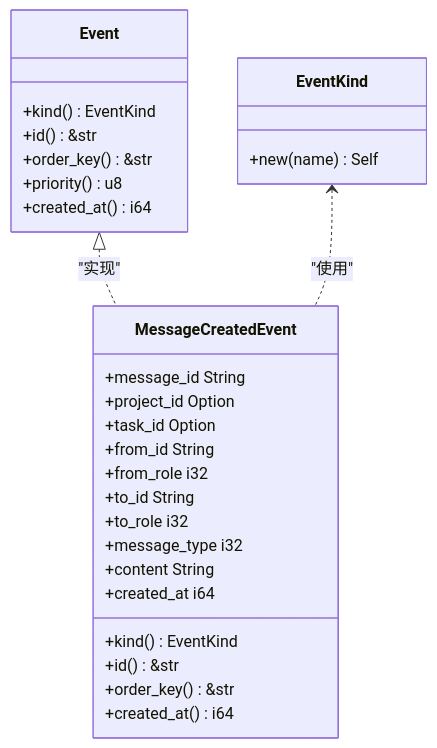
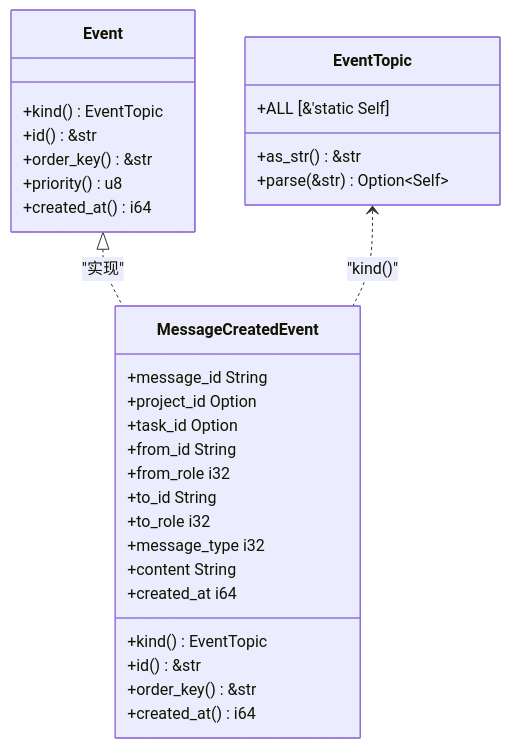
The third of 7 diagrams in docs/wiki/zh/content/核心模块/AOP 事件系统/核心概念与架构.md (runningcoders/ai_orz), drawn with Mermaid before and after one commit. The commit also changed other lines of this file and 37 other files, not shown here.

````diff
--- a/docs/wiki/zh/content/核心模块/AOP 事件系统/核心概念与架构.md
+++ b/docs/wiki/zh/content/核心模块/AOP 事件系统/核心概念与架构.md
@@ -164,31 +164,33 @@
 ```mermaid
 classDiagram
 class Event {
-+kind() EventKind
++kind() EventTopic
 +id() &str
 +order_key() &str
 +priority() u8
 +created_at() i64
 }
-class EventKind {
-+new(name) Self
+class EventTopic {
++as_str() &str
++parse(&str) Option~Self~
++ALL [&'static Self]
 }
 class MessageCreatedEvent {
 +message_id String
 +project_id Option<String>
 +task_id Option<String>
 +from_id String
 +from_role i32
 +to_id String
 +to_role i32
 +message_type i32
 +content String
 +created_at i64
-+kind() EventKind
++kind() EventTopic
 +id() &str
 +order_key() &str
 +created_at() i64
 }
 Event <|.. MessageCreatedEvent : "实现"
-EventKind <.. MessageCreatedEvent : "使用"
+EventTopic <.. MessageCreatedEvent : "kind()"
 ```
````
